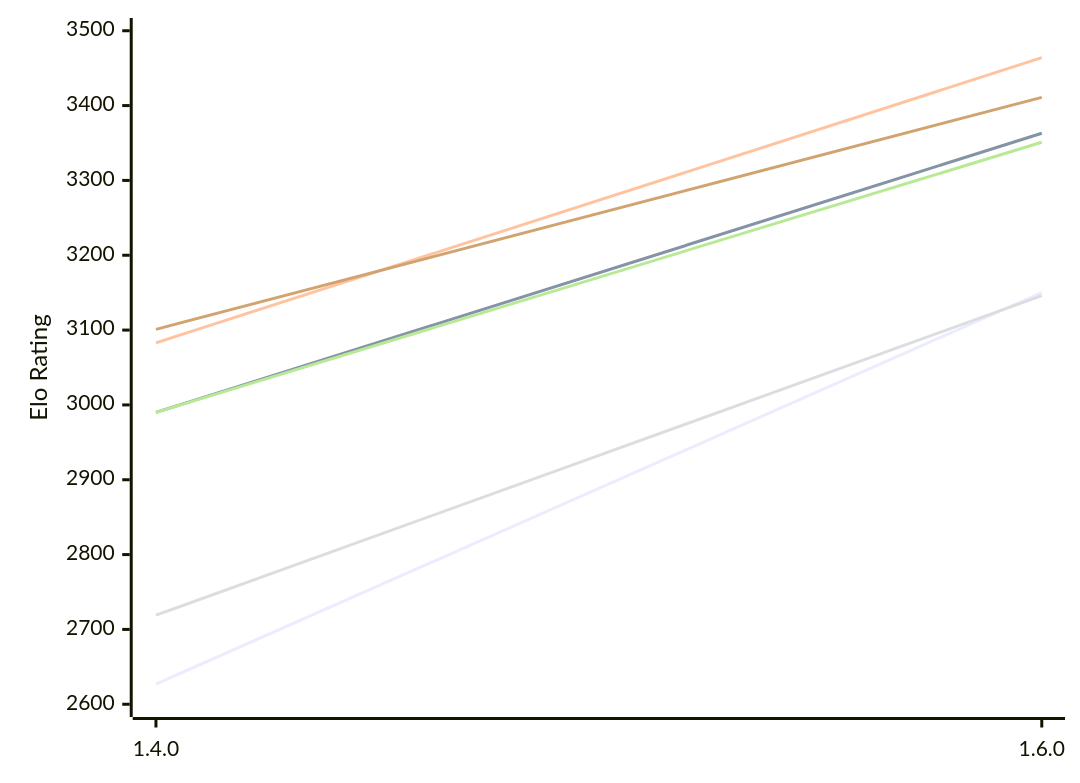
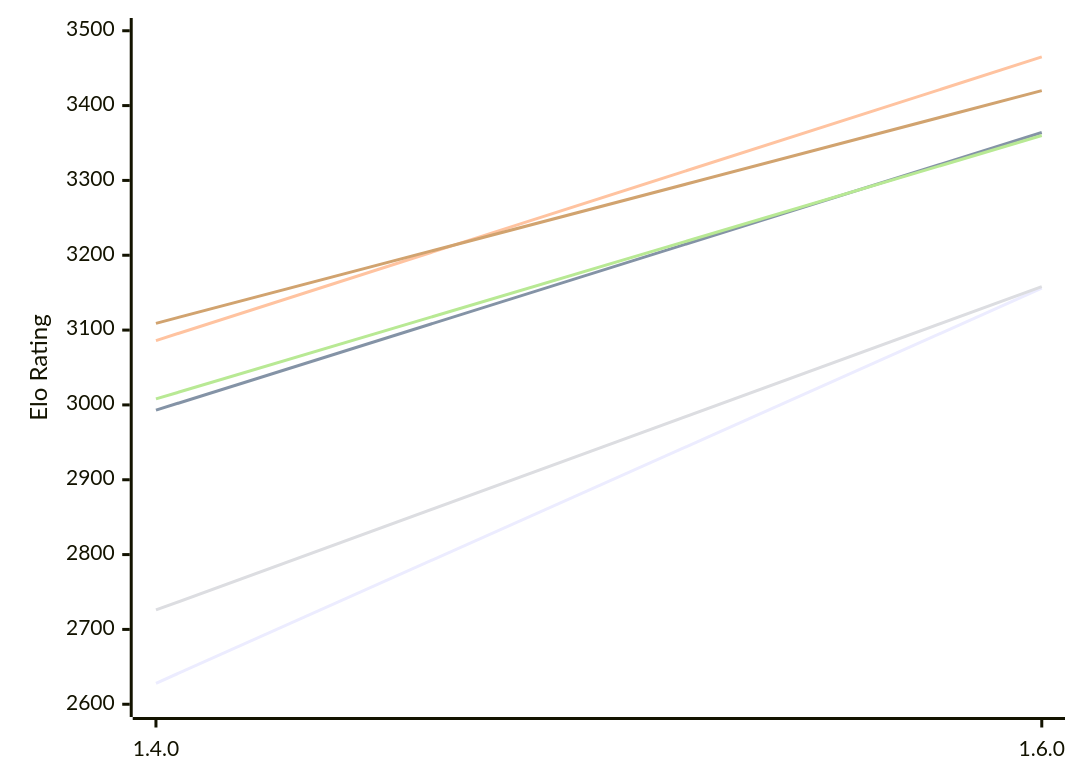
The first of 2 diagrams in engines/Gyatso.md (computer-chess-index/cci), drawn with Mermaid before and after one commit. The commit also changed other lines of this file, not shown here.

Commit message:
Update CCI Ratings (ELO VLTC) - 2026-11-25

````diff
--- a/engines/Gyatso.md
+++ b/engines/Gyatso.md
@@ -53,12 +53,12 @@
 ```mermaid
 %%{init: {"theme":"base","themeVariables":{"seriesColors:['#a3a3a3','#222221','#faa371']}}}%%
 xychart-beta
   x-axis ["1.4.0", "1.6.0"]
   y-axis "Elo Rating" 2600 --> 3500
-  line "E1: STC (8.0+0.08s)" [2627, 3150]
-  line "E1: LTC (60.0+0.60s)" [2990, 3363]
-  line "E1: VLTC (2m24s+1.12s)" [3083, 3464]
-  line "P1: STC (8.0+0.08s)" [2719, 3146]
-  line "P1: LTC (60.0+0.60s)" [2990, 3351]
-  line "P1: VLTC (2m24s+1.12s)" [3101, 3411]
+  line "E1: STC (8.0+0.08s)" [2628, 3156]
+  line "E1: LTC (60.0+0.60s)" [2993, 3364]
+  line "E1: VLTC (2m24s+1.12s)" [3086, 3465]
+  line "P1: STC (8.0+0.08s)" [2726, 3158]
+  line "P1: LTC (60.0+0.60s)" [3008, 3360]
+  line "P1: VLTC (2m24s+1.12s)" [3109, 3420]
 ```
````
